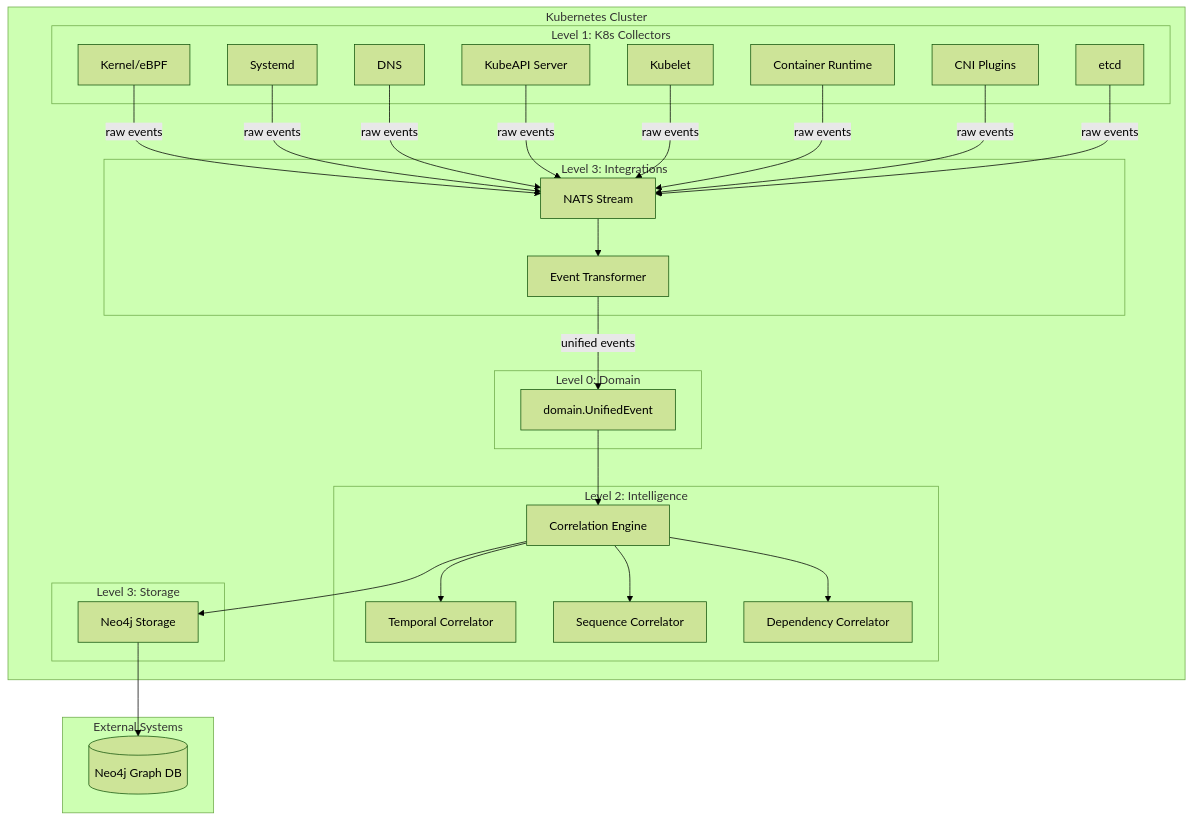
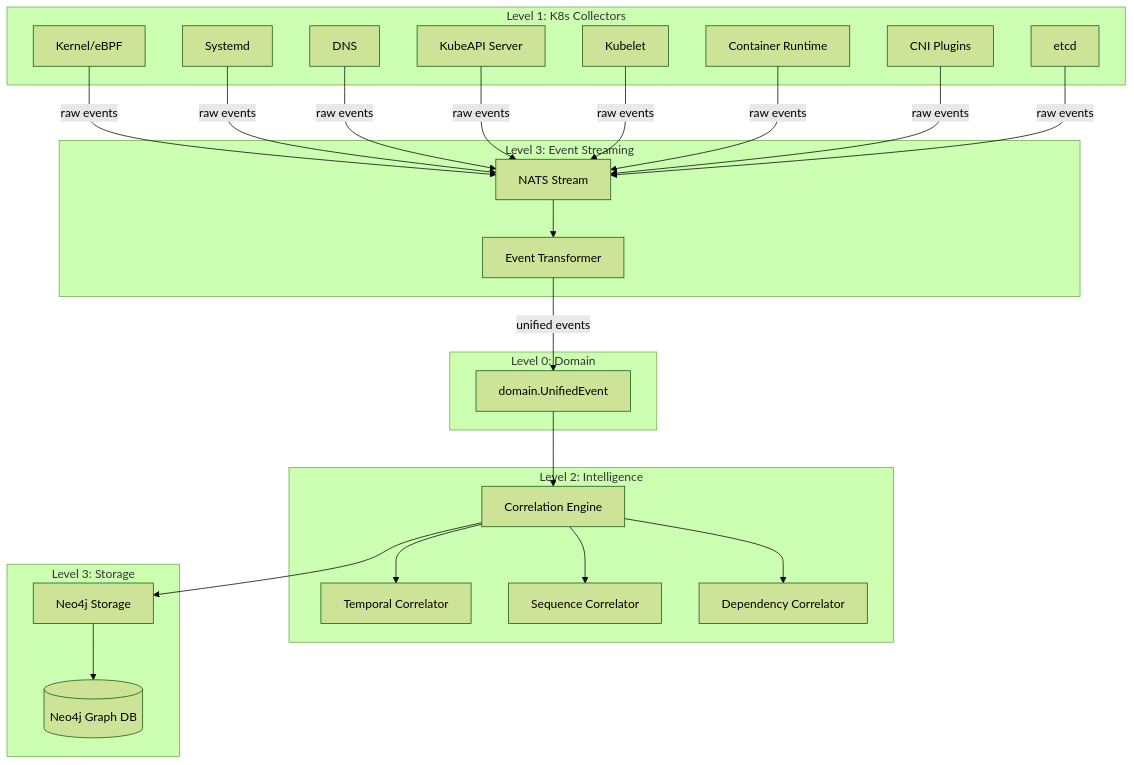
The diagram in README.md (yairfalse/tapio), drawn with Mermaid (forest theme) before and after one commit.

Commit message:
fix: simplify mermaid diagram syntax to resolve rendering issues
- Removed nested subgraphs that cause parsing errors
- Simplified node definitions without quotes
- Maintained correct event flow representation

````diff
--- a/README.md
+++ b/README.md
@@ -25,57 +25,52 @@
 ```mermaid
 graph TD
-    subgraph "Kubernetes Cluster"
-        subgraph "Level 1: K8s Collectors"
-            K["Kernel/eBPF"]
-            S["Systemd"]
-            DNS["DNS"]
-            KA["KubeAPI Server"]
-            KL["Kubelet"]
-            CRI["Container Runtime"]
-            CNI["CNI Plugins"]
-            E["etcd"]
-        end
-        
-        subgraph "Level 3: Integrations"
-            NATS["NATS Stream"]
-            TRANS["Event Transformer"]
-        end
-        
-        subgraph "Level 0: Domain"
-            D["domain.UnifiedEvent"]
-        end
-        
-        subgraph "Level 2: Intelligence"
-            CE["Correlation Engine"]
-            TC["Temporal Correlator"]
-            SC["Sequence Correlator"]
-            DC["Dependency Correlator"]
-        end
-        
-        subgraph "Level 3: Storage"
-            NEO["Neo4j Storage"]
-        end
-        
-        K -->|raw events| NATS
-        S -->|raw events| NATS
-        DNS -->|raw events| NATS
-        KA -->|raw events| NATS
-        KL -->|raw events| NATS
-        CRI -->|raw events| NATS
-        CNI -->|raw events| NATS
-        E -->|raw events| NATS
-        
-        NATS --> TRANS
-        TRANS -->|unified events| D
-        D --> CE
-        CE --> TC
-        CE --> SC
-        CE --> DC
-        CE --> NEO
+    subgraph Collectors["Level 1: K8s Collectors"]
+        K[Kernel/eBPF]
+        S[Systemd]
+        DNS[DNS]
+        KA[KubeAPI Server]
+        KL[Kubelet]
+        CRI[Container Runtime]
+        CNI[CNI Plugins]
+        E[etcd]
     end
     
-    subgraph "External Systems"
-        Graph[("Neo4j Graph DB")]
-        NEO --> Graph
+    subgraph Streaming["Level 3: Event Streaming"]
+        NATS[NATS Stream]
+        TRANS[Event Transformer]
     end
+    
+    subgraph Domain["Level 0: Domain"]
+        D[domain.UnifiedEvent]
+    end
+    
+    subgraph Intelligence["Level 2: Intelligence"]
+        CE[Correlation Engine]
+        TC[Temporal Correlator]
+        SC[Sequence Correlator]
+        DC[Dependency Correlator]
+    end
+    
+    subgraph Storage["Level 3: Storage"]
+        NEO[Neo4j Storage]
+        Graph[(Neo4j Graph DB)]
+    end
+    
+    K -->|raw events| NATS
+    S -->|raw events| NATS
+    DNS -->|raw events| NATS
+    KA -->|raw events| NATS
+    KL -->|raw events| NATS
+    CRI -->|raw events| NATS
+    CNI -->|raw events| NATS
+    E -->|raw events| NATS
+    
+    NATS --> TRANS
+    TRANS -->|unified events| D
+    D --> CE
+    CE --> TC
+    CE --> SC
+    CE --> DC
+    CE --> NEO
+    NEO --> Graph
 ```
````
